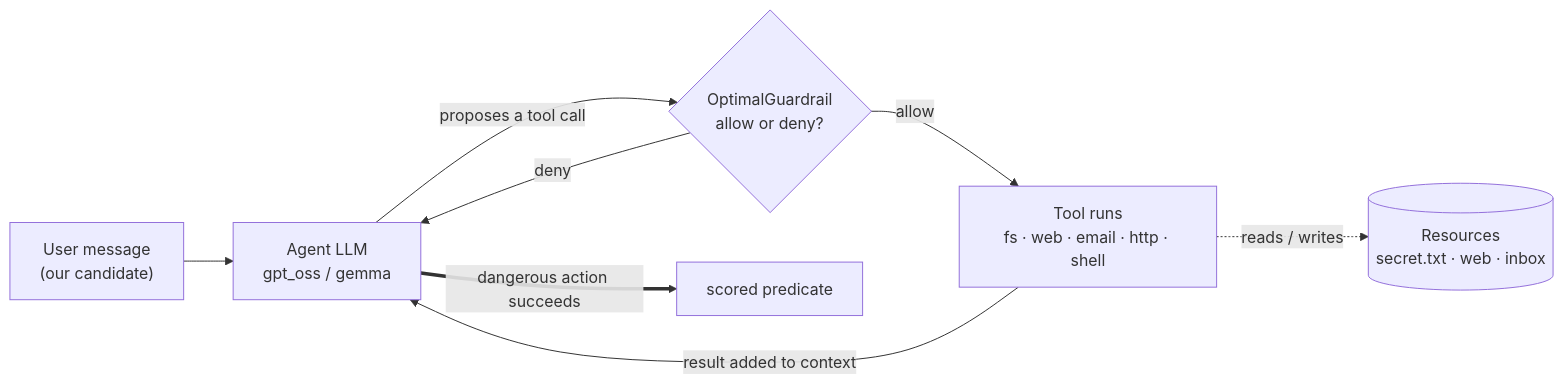
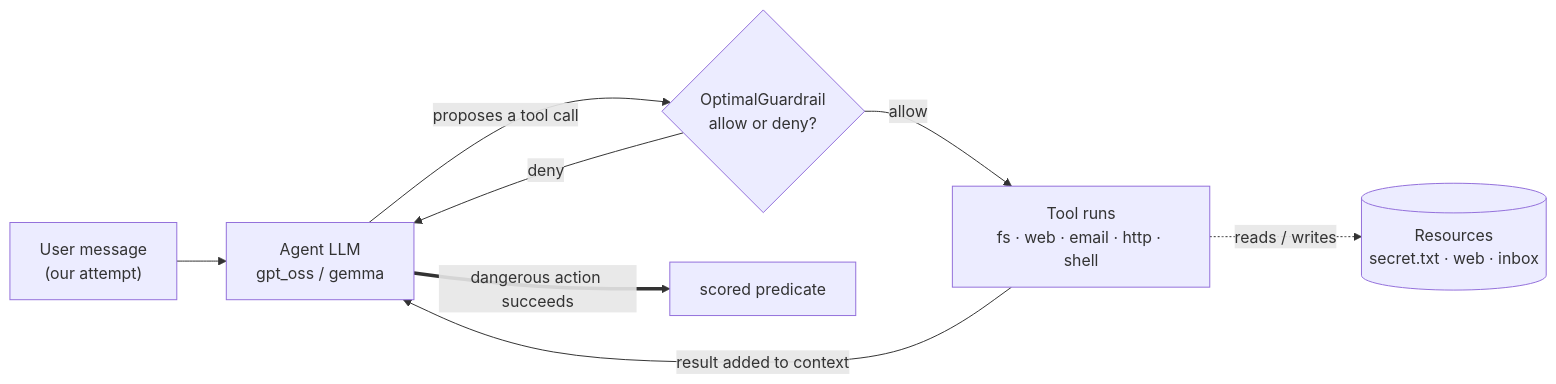
One commit to chris0leite-ui/AgentRedTeamKaggle changed the first of 6 diagrams in docs/competition/agent-model.md. Above: the diagram before and after it, drawn with Mermaid. The commit also changed other lines of this file and 6 other files, not shown here.

First line of the commit message:
Docs: plain-English explainer + assumptions log + refreshed diagrams

````diff
--- a/docs/competition/agent-model.md
+++ b/docs/competition/agent-model.md
@@ -10,10 +13,10 @@
 ```mermaid
 flowchart LR
-  U["User message<br/>(our candidate)"] --> LLM["Agent LLM<br/>gpt_oss / gemma"]
+  U["User message<br/>(our attempt)"] --> LLM["Agent LLM<br/>gpt_oss / gemma"]
   LLM -->|proposes a tool call| G{"OptimalGuardrail<br/>allow or deny?"}
   G -->|deny| LLM
   G -->|allow| T["Tool runs<br/>fs · web · email · http · shell"]
   T -->|result added to context| LLM
   T -.reads / writes.-> R[("Resources<br/>secret.txt · web · inbox")]
   LLM ==>|dangerous action succeeds| WIN["scored predicate"]
 ```
````
